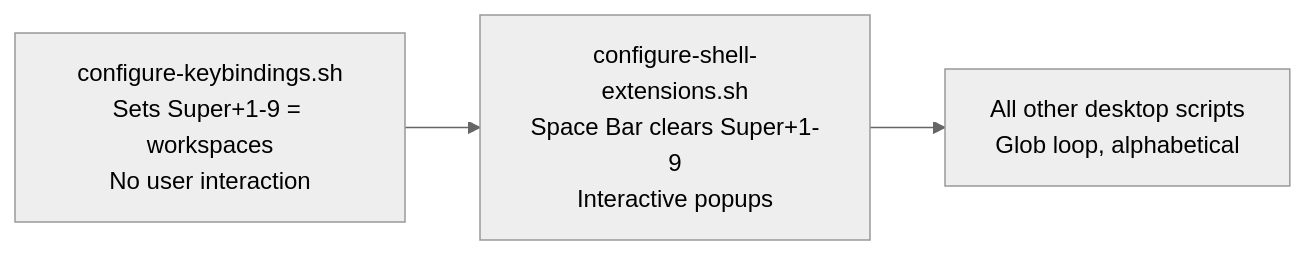
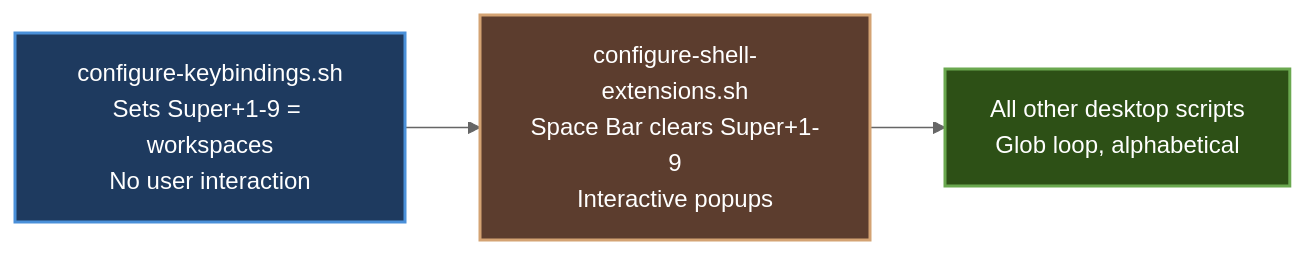
One commit to itsnin/justbuntu changed the second of 2 diagrams in CONTRIBUTING.md. Above: the diagram before and after it, drawn with Mermaid (neutral theme). The commit also changed other lines of this file and 2 other files, not shown here.

Commit message:
Polish README.md and CONTRIBUTING.md with professional structure, navigation links, feature overview, and styled mermaid diagrams with color classDefs. Add .gitattributes to enforce LF line endings (critical for shell scripts). Fix remaining arrow in writing-tone skill.

````diff
--- a/CONTRIBUTING.md
+++ b/CONTRIBUTING.md
@@ -49,5 +110,10 @@
 ```mermaid
 flowchart LR
-    A[configure-keybindings.sh\nSets Super+1-9 = workspaces\nNo user interaction] --> B[configure-shell-extensions.sh\nSpace Bar clears Super+1-9\nInteractive popups]
-    B --> C[All other desktop scripts\nGlob loop, alphabetical]
+    %% Color definitions
+    classDef step1 fill:#1e3a5f,stroke:#4a90d9,stroke-width:2px,color:#ffffff
+    classDef step2 fill:#5c3d2e,stroke:#d4a373,stroke-width:2px,color:#ffffff
+    classDef step3 fill:#2d5016,stroke:#6aa84f,stroke-width:2px,color:#ffffff
+
+    A[configure-keybindings.sh<br/>Sets Super+1-9 = workspaces<br/>No user interaction]:::step1 --> B[configure-shell-extensions.sh<br/>Space Bar clears Super+1-9<br/>Interactive popups]:::step2
+    B --> C[All other desktop scripts<br/>Glob loop, alphabetical]:::step3
 ```
````
